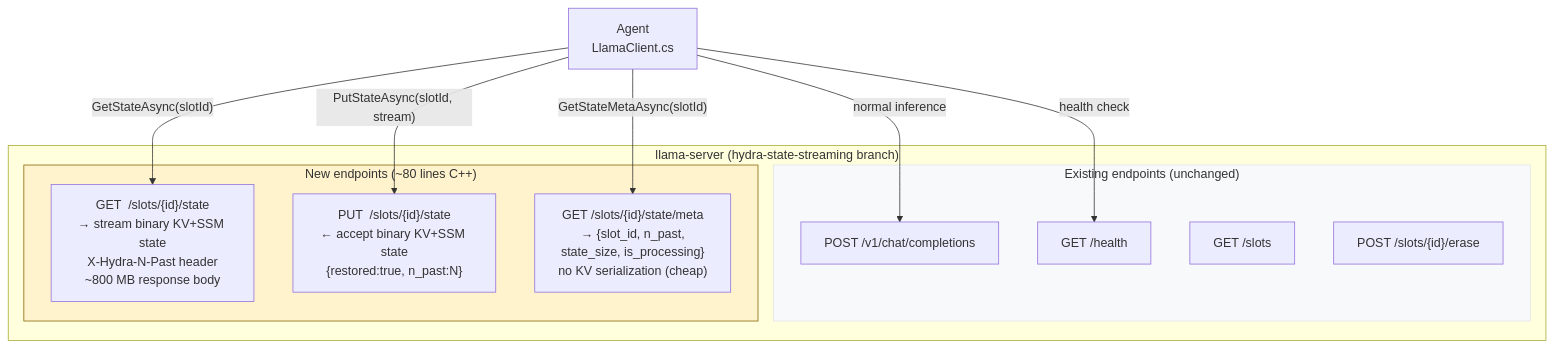
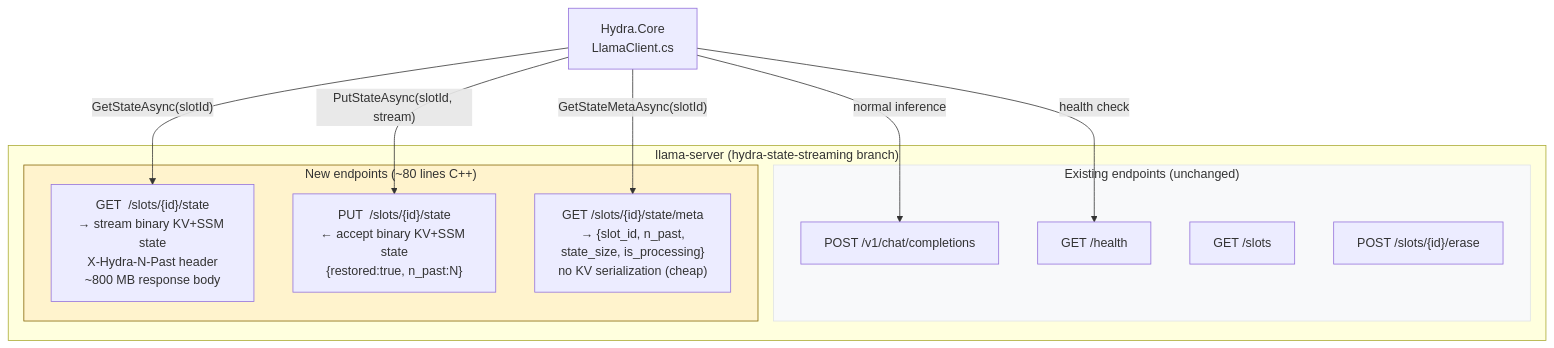
Diagram 11 of 14 in docs/diagrams.md (ddvnguyen/hydra_vortex), drawn with Mermaid before and after one commit. The commit also changed other lines of this file and 30 other files, not shown here.

First line of the commit message:
docs: update all docs to reflect Agent→Core merge (PR #203)

````diff
--- a/docs/diagrams.md
+++ b/docs/diagrams.md
@@ -389,25 +343,25 @@
 ```mermaid
 graph TD
     subgraph Fork["llama-server  (hydra-state-streaming branch)"]
         subgraph Existing["Existing endpoints (unchanged)"]
             E1["POST /v1/chat/completions"]
             E2["GET  /health"]
             E3["GET  /slots"]
             E4["POST /slots/{id}/erase"]
         end
         subgraph Patched["New endpoints (~80 lines C++)"]
             P1["GET  /slots/{id}/state\n→ stream binary KV+SSM state\nX-Hydra-N-Past header\n~800 MB response body"]
             P2["PUT  /slots/{id}/state\n← accept binary KV+SSM state\n{restored:true, n_past:N}"]
             P3["GET  /slots/{id}/state/meta\n→ {slot_id, n_past,\nstate_size, is_processing}\nno KV serialization (cheap)"]
         end
     end
 
-    Agent["Agent\nLlamaClient.cs"] -->|"GetStateAsync(slotId)"| P1
-    Agent -->|"PutStateAsync(slotId, stream)"| P2
-    Agent -->|"GetStateMetaAsync(slotId)"| P3
-    Agent -->|normal inference| E1
-    Agent -->|health check| E2
+    Core["Hydra.Core\nLlamaClient.cs"] -->|"GetStateAsync(slotId)"| P1
+    Core -->|"PutStateAsync(slotId, stream)"| P2
+    Core -->|"GetStateMetaAsync(slotId)"| P3
+    Core -->|normal inference| E1
+    Core -->|health check| E2
 
     style Patched fill:#fff3cd,stroke:#856404
     style Existing fill:#f8f9fa,stroke:#dee2e6
 ```
````
